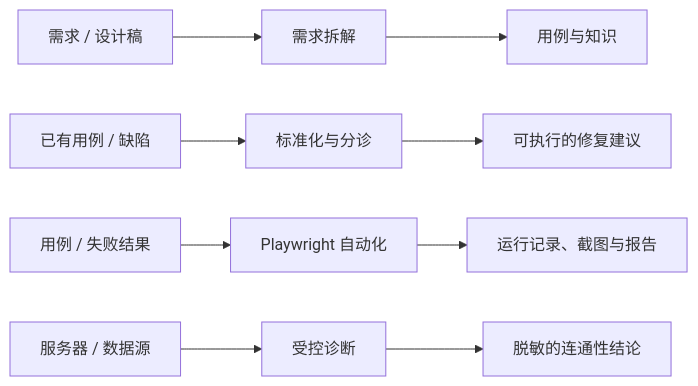
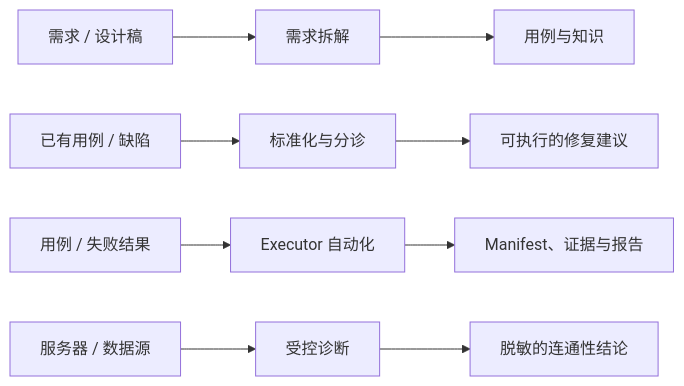
Before and after one commit to koco-co/kata: the diagram in README.md, drawn with Mermaid. The commit also changed other lines of this file and 20 other files, not shown here.

````diff
--- a/README.md
+++ b/README.md
@@ -34,7 +35,7 @@
 ```mermaid
 flowchart LR
     A["需求 / 设计稿"] --> B["需求拆解"] --> C["用例与知识"]
     D["已有用例 / 缺陷"] --> E["标准化与分诊"] --> F["可执行的修复建议"]
-    G["用例 / 失败结果"] --> H["Playwright 自动化"] --> I["运行记录、截图与报告"]
+    G["用例 / 失败结果"] --> H["Executor 自动化"] --> I["Manifest、证据与报告"]
     J["服务器 / 数据源"] --> K["受控诊断"] --> L["脱敏的连通性结论"]
 ```
````
